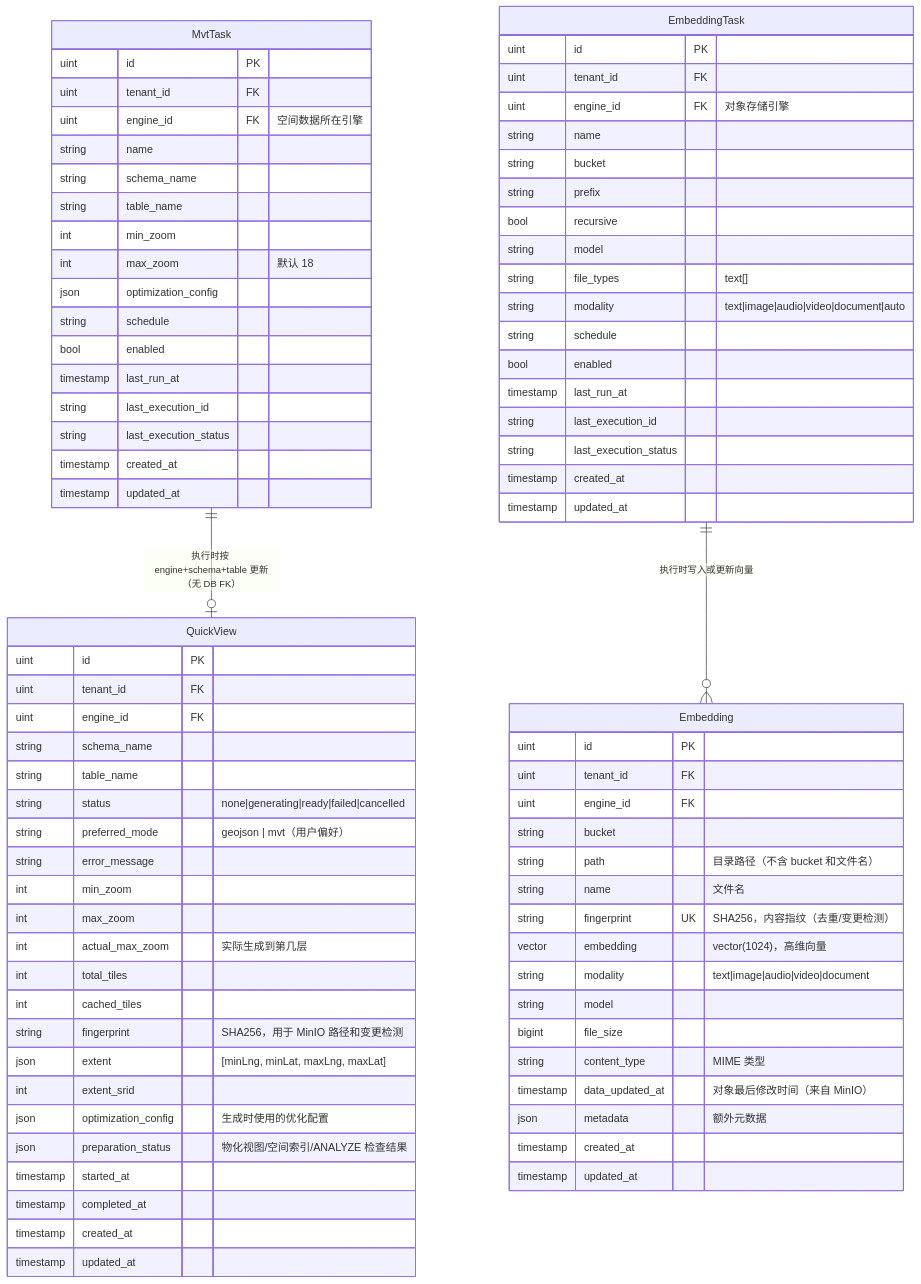
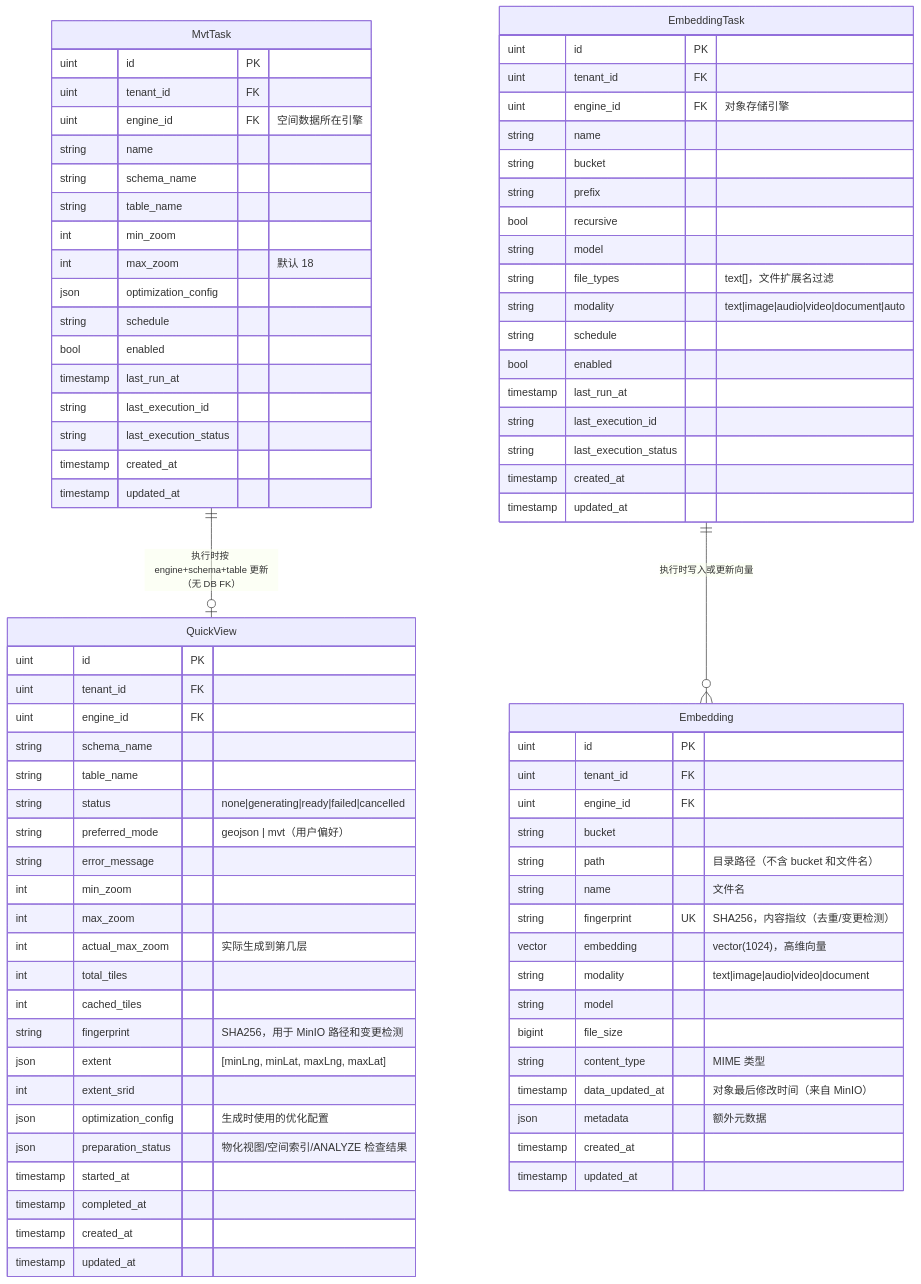
One commit to pampa0629/addp changed the third of 9 diagrams in docs/concepts/addp核心对象ER图（元模型）.md. Above: the diagram before and after it, drawn with Mermaid. The commit also changed other lines of this file and 48 other files, not shown here.

```diff
--- a/docs/concepts/addp核心对象ER图（元模型）.md
+++ b/docs/concepts/addp核心对象ER图（元模型）.md
@@ -536,7 +536,7 @@
         string prefix
         bool recursive
         string model
-        string file_types "text[]"
+        string file_types "text[]，文件扩展名过滤"
         string modality "text|image|audio|video|document|auto"
         string schedule
         bool enabled
```
